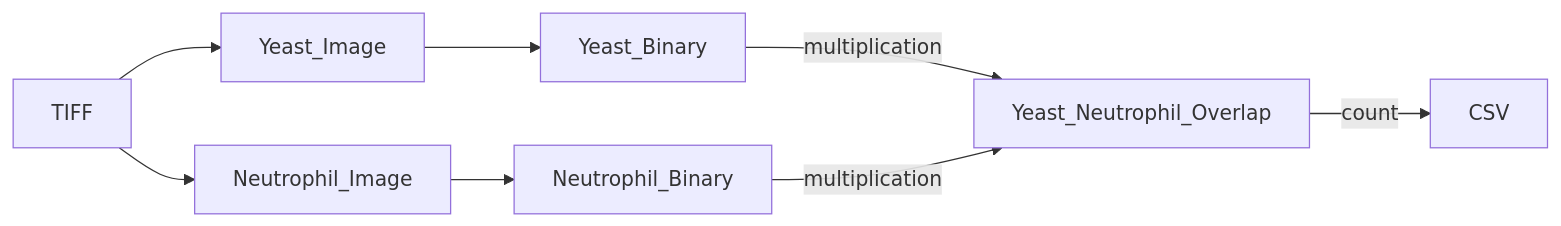
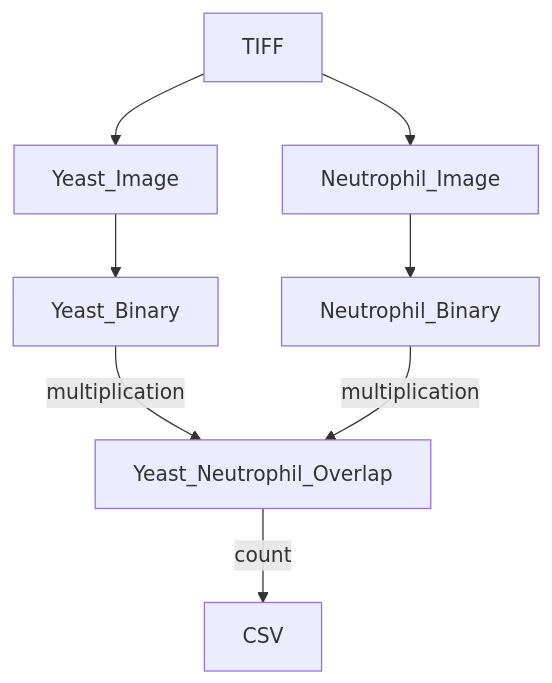
One commit to zachjaffery/phagocytometer changed the first of 2 diagrams in README.md. Above: the diagram before and after it, drawn with Mermaid. The commit also changed other lines of this file and 2 other files, not shown here.

````diff
--- a/README.md
+++ b/README.md
@@ -34,11 +32,11 @@
 ```mermaid
-graph LR;
+graph TD;
     TIFF-->Yeast_Image;
     TIFF-->Neutrophil_Image;
     Yeast_Image-->Yeast_Binary;
     Neutrophil_Image-->Neutrophil_Binary;
     Yeast_Binary--multiplication-->Yeast_Neutrophil_Overlap;
     Neutrophil_Binary--multiplication-->Yeast_Neutrophil_Overlap;
     
     Yeast_Neutrophil_Overlap --count--> CSV;
 ```
````
